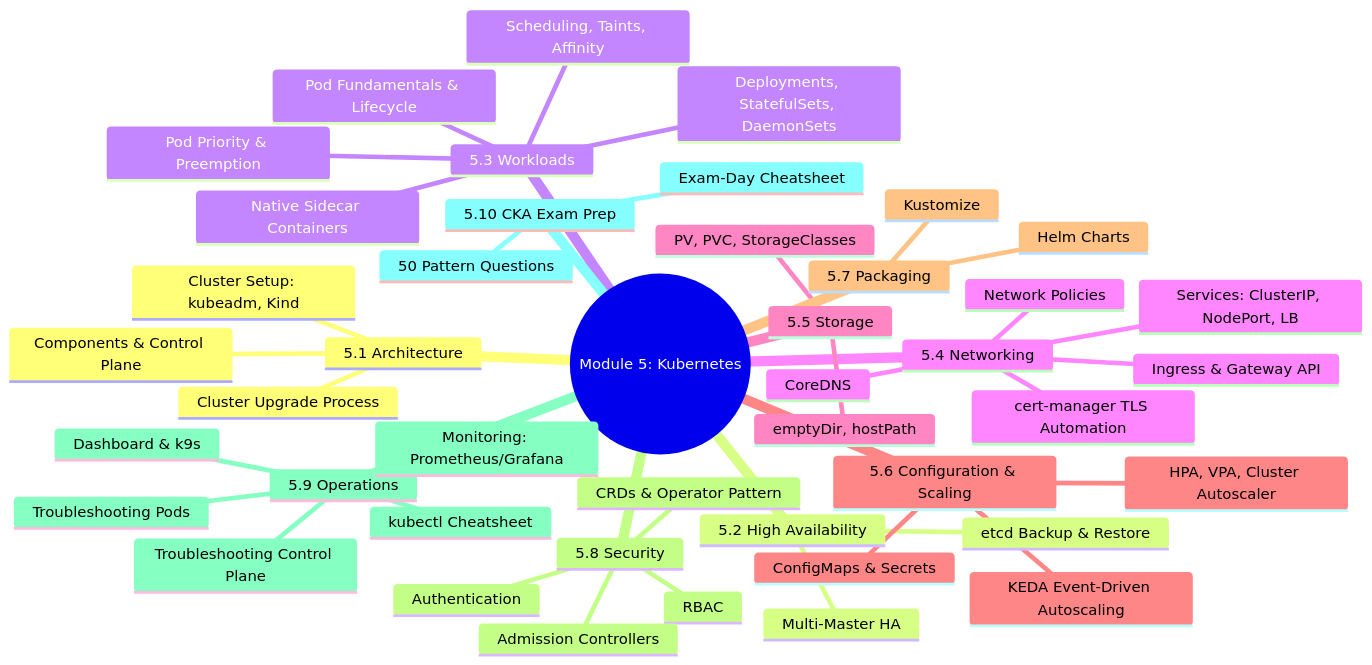
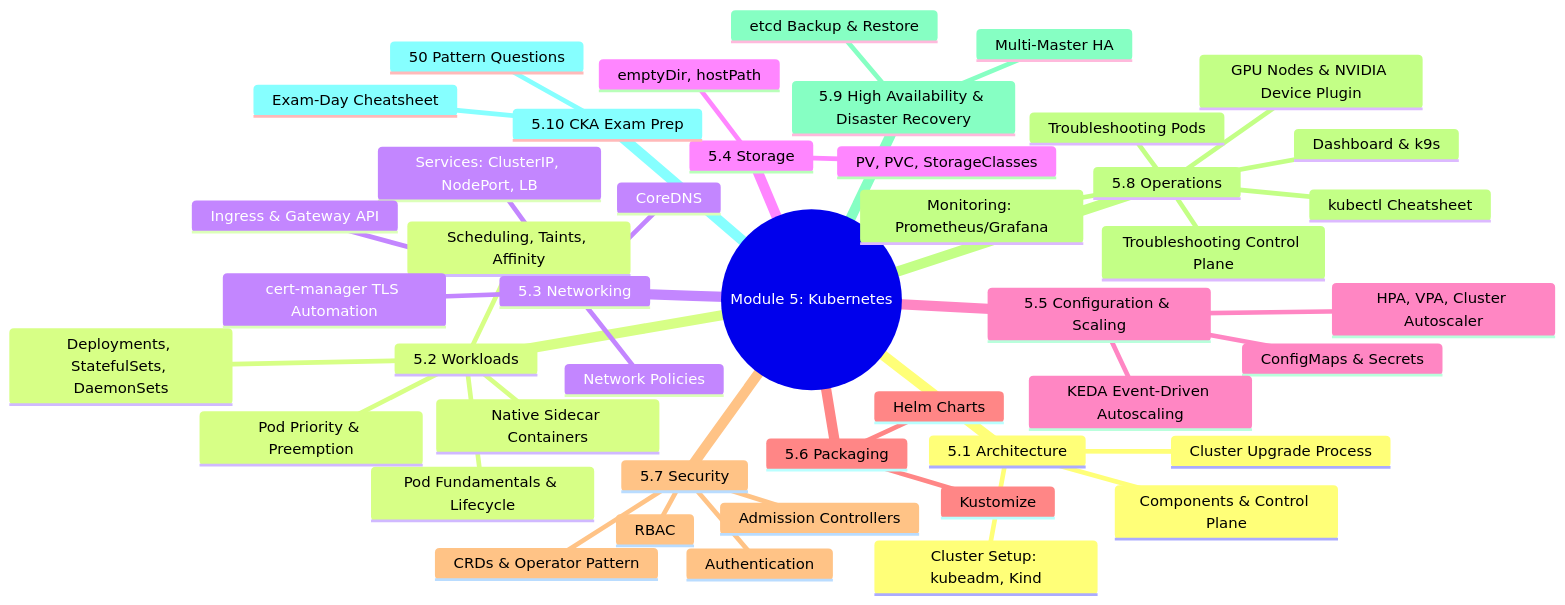
One commit to VidhyadharanSS/PlatformEngineeringNotes changed the first of 3 diagrams in 5-Kubernetes/Module_5_Approach_Guide.md. Above: the diagram before and after it, drawn with Mermaid. The commit also changed other lines of this file and 120 other files, not shown here.

````diff
--- a/5-Kubernetes/Module_5_Approach_Guide.md
+++ b/5-Kubernetes/Module_5_Approach_Guide.md
@@ -5,47 +5,48 @@
 ```mermaid
 mindmap
   root((Module 5: Kubernetes))
     5.1 Architecture
       Components & Control Plane
       Cluster Setup: kubeadm, Kind
       Cluster Upgrade Process
-    5.2 High Availability
-      Multi-Master HA
-      etcd Backup & Restore
-    5.3 Workloads
+    5.2 Workloads
       Pod Fundamentals & Lifecycle
       Native Sidecar Containers
       Deployments, StatefulSets, DaemonSets
       Scheduling, Taints, Affinity
       Pod Priority & Preemption
-    5.4 Networking
+    5.3 Networking
       Services: ClusterIP, NodePort, LB
       Ingress & Gateway API
       cert-manager TLS Automation
       Network Policies
       CoreDNS
-    5.5 Storage
+    5.4 Storage
       emptyDir, hostPath
       PV, PVC, StorageClasses
-    5.6 Configuration & Scaling
+    5.5 Configuration & Scaling
       ConfigMaps & Secrets
       HPA, VPA, Cluster Autoscaler
       KEDA Event-Driven Autoscaling
-    5.7 Packaging
+    5.6 Packaging
       Kustomize
       Helm Charts
-    5.8 Security
+    5.7 Security
       Authentication
       RBAC
       Admission Controllers
       CRDs & Operator Pattern
-    5.9 Operations
+    5.8 Operations
       Troubleshooting Control Plane
       Troubleshooting Pods
       Monitoring: Prometheus/Grafana
+      GPU Nodes & NVIDIA Device Plugin
       Dashboard & k9s
       kubectl Cheatsheet
+    5.9 High Availability & Disaster Recovery
+      Multi-Master HA
+      etcd Backup & Restore
     5.10 CKA Exam Prep
       50 Pattern Questions
       Exam-Day Cheatsheet
 ```
````
